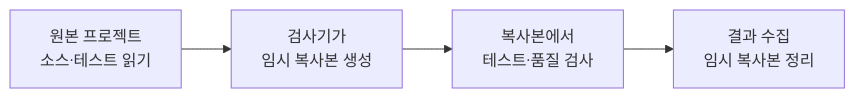
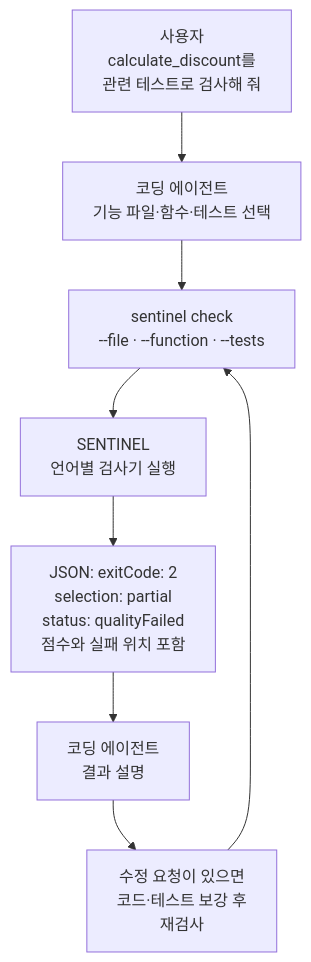
One commit to hwain-ai/SENTINEL changed the diagram in README.md. Above: the diagram before and after it, drawn with Mermaid. The commit also changed other lines of this file and 4 other files, not shown here.

````diff
--- a/README.md
+++ b/README.md
@@ -318,6 +29,12 @@
 ```mermaid
-flowchart LR
-    A["원본 프로젝트<br/>소스·테스트 읽기"] --> B["검사기가<br/>임시 복사본 생성"]
-    B --> C["복사본에서<br/>테스트·품질 검사"]
-    C --> D["결과 수집<br/>임시 복사본 정리"]
+flowchart TD
+    U["사용자<br/>calculate_discount를<br/>관련 테스트로 검사해 줘"]
+    A["코딩 에이전트<br/>기능 파일·함수·테스트 선택"]
+    C["sentinel check<br/>--file · --function · --tests"]
+    S["SENTINEL<br/>언어별 검사기 실행"]
+    J["JSON: exitCode: 2<br/>selection: partial<br/>status: qualityFailed<br/>점수와 실패 위치 포함"]
+    R["코딩 에이전트<br/>결과 설명"]
+    F["수정 요청이 있으면<br/>코드·테스트 보강 후<br/>재검사"]
+    U --> A --> C --> S --> J --> R
+    R --> F --> C
 ```
````
